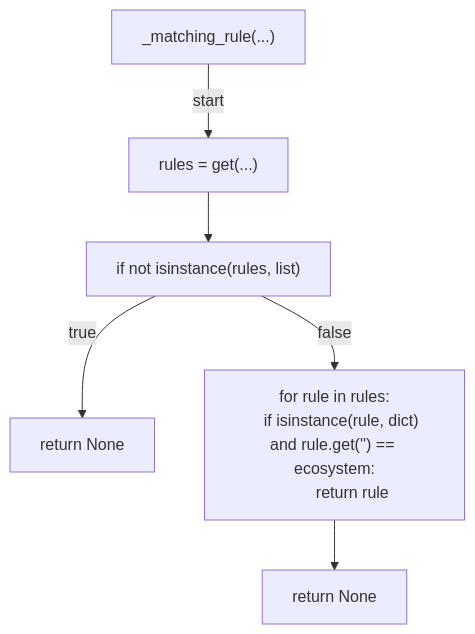
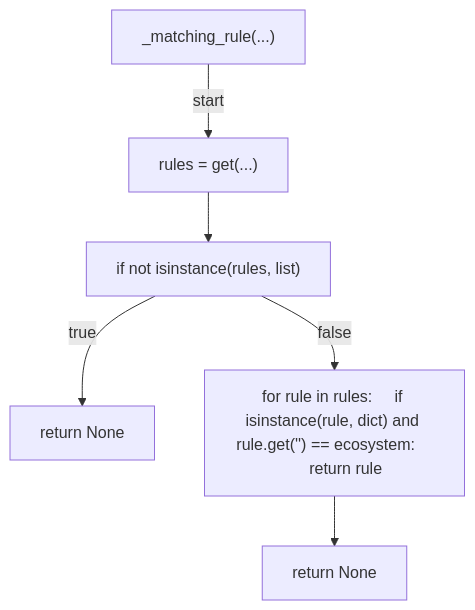
Before and after one commit to tvna/claude-md: the ninth of 20 diagrams in docs/generated/scripts/ast/dependabot_automerge.md, drawn with Mermaid. The commit also changed other lines of this file and 30 other files, not shown here.

First line of the commit message:
docs(generated): regenerate decision tree and workflow diagrams (batch 2/5)

````diff
--- a/docs/generated/scripts/ast/dependabot_automerge.md
+++ b/docs/generated/scripts/ast/dependabot_automerge.md
@@ -268,16 +263,14 @@
 ```mermaid
 flowchart TD
     N001["_matching_rule(...)"]
     N002["rules = get(...)"]
     N003["if not isinstance(rules, list)"]
     N004["return None"]
-    N005["for rule in rules:
-    if isinstance(rule, dict) and rule.get('<str>') == ecosystem:
-        return rule"]
+    N005["for rule in rules:     if isinstance(rule, dict) and rule.get('<str>') == ecosystem:         return rule"]
     N006["return None"]
     N001 -->|"start"| N002
     N002 --> N003
     N003 -->|"true"| N004
     N003 -->|"false"| N005
     N005 --> N006
 ```
````
